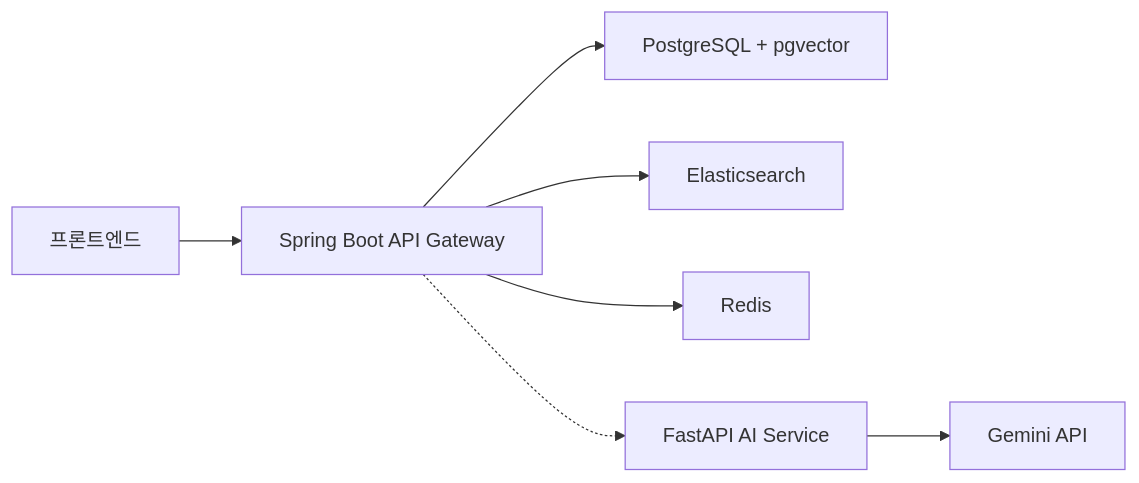
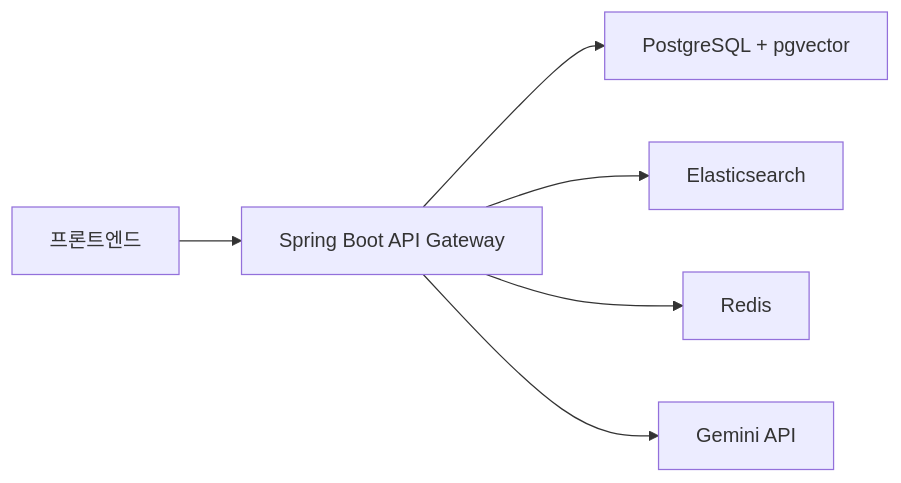
Before and after one commit to SideProjectSFY/gajiBE: the first of 4 diagrams in README.md, drawn with Mermaid. The commit also changed other lines of this file and 1 other file, not shown here.

````diff
--- a/README.md
+++ b/README.md
@@ -32,9 +30,8 @@
 ```mermaid
 flowchart LR
     Frontend["프론트엔드"] --> Spring["Spring Boot API Gateway"]
     Spring --> Postgres["PostgreSQL + pgvector"]
     Spring --> Search["Elasticsearch"]
     Spring --> Redis["Redis"]
-    Spring -.-> FastAPI["FastAPI AI Service"]
-    FastAPI --> Gemini["Gemini API"]
+    Spring --> Gemini["Gemini API"]
 ```
````
